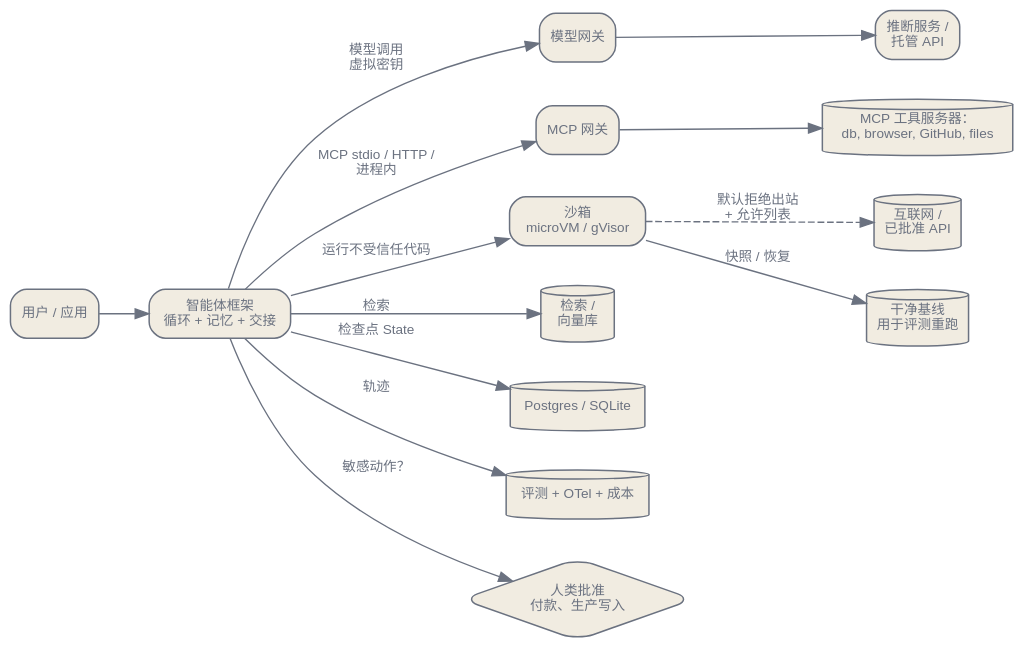
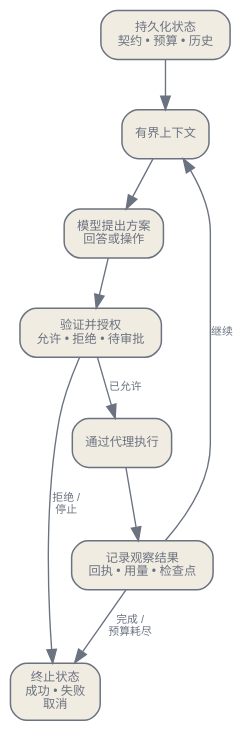
The first of 3 diagrams in zh/practice/05-agents-and-sandboxes.qmd (latere-ai/ai-as-an-infrastructure), drawn with Graphviz before and after one commit. The commit also changed other lines of this file and 4 other files, not shown here.

````diff
--- a/zh/practice/05-agents-and-sandboxes.qmd
+++ b/zh/practice/05-agents-and-sandboxes.qmd
@@ -201,38 +9,25 @@
 ```{dot}
-//| label: fig-agent-runtime
-//| fig-cap: "生产智能体运行时。框架不持有提供方密钥、也不持有原始凭据；模型访问、工具访问、计算访问各自经一个受治理的接缝伸进来。"
-digraph {
+//| label: fig-agent-control-loop
+//| fig-cap: "生产智能体的控制循环。模型只负责提出方案；受信任的运行时代码负责验证、授权、执行、记录，并判断运行是否可以继续。"
+digraph agent_loop {
+  rankdir=TB;
   bgcolor="transparent";
-  rankdir=LR;
-  nodesep=0.4; ranksep=0.5;
-  node [shape=box, style="rounded,filled", fontname="Helvetica", fontsize=10, color="#6b7280", fontcolor="#6b7280", fillcolor="#f1ece1", penwidth=1.1];
-  edge [fontsize=10, fontname="Helvetica", color="#6b7280", fontcolor="#6b7280"];
+  node [shape=box, style="rounded,filled", fontname="Helvetica", fontsize=9, margin="0.12,0.08", color="#6b7280", fontcolor="#6b7280", fillcolor="#f1ece1", penwidth=1.1];
+  edge [fontname="Helvetica", fontsize=8, color="#6b7280", fontcolor="#6b7280"];
 
-  user [label="用户 / 应用"];
-  agent [label="智能体框架\n循环 + 记忆 + 交接"];
-  gw [label="模型网关"];
-  serve [label="推断服务 /\n托管 API"];
-  mcpgw [label="MCP 网关"];
-  tools [label="MCP 工具服务器：\ndb, browser, GitHub, files", shape=cylinder];
-  sb [label="沙箱\nmicroVM / gVisor"];
-  net [label="互联网 /\n已批准 API", shape=cylinder];
-  snap [label="干净基线\n用于评测重跑", shape=cylinder];
-  rag [label="检索 /\n向量库", shape=cylinder];
-  ckpt [label="Postgres / SQLite", shape=cylinder];
-  obs [label="评测 + OTel + 成本", shape=cylinder];
-  human [label="人类批准\n付款、生产写入", shape=diamond];
+  state [label="持久化状态\n契约 • 预算 • 历史"];
+  context [label="有界上下文"];
+  propose [label="模型提出方案\n回答或操作"];
+  gate [label="验证并授权\n允许 • 拒绝 • 待审批"];
+  execute [label="通过代理执行"];
+  record [label="记录观察结果\n回执 • 用量 • 检查点"];
+  stop [label="终止状态\n成功 • 失败\n取消"];
 
-  user -> agent;
-  agent -> gw [label="模型调用\n虚拟密钥"];
-  gw -> serve;
-  agent -> mcpgw [label="MCP stdio / HTTP /\n进程内"];
-  mcpgw -> tools;
-  agent -> sb [label="运行不受信任代码"];
-  sb -> net [style=dashed, label="默认拒绝出站\n+ 允许列表"];
-  sb -> snap [label="快照 / 恢复"];
-  agent -> rag [label="检索"];
-  agent -> ckpt [label="检查点 State"];
-  agent -> obs [label="轨迹"];
-  agent -> human [label="敏感动作？"];
+  state -> context -> propose -> gate;
+  gate -> execute [label="已允许"];
+  execute -> record;
+  record -> context [label="继续"];
+  gate -> stop [label="拒绝 /\n停止"];
+  record -> stop [label="完成 /\n预算耗尽"];
 }
 ```
````
